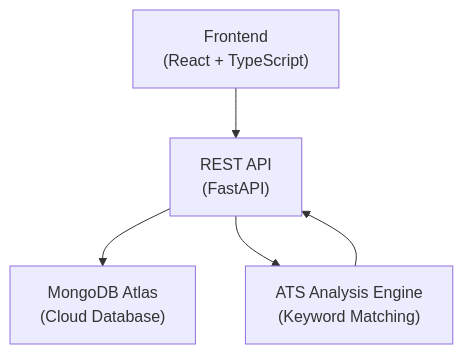
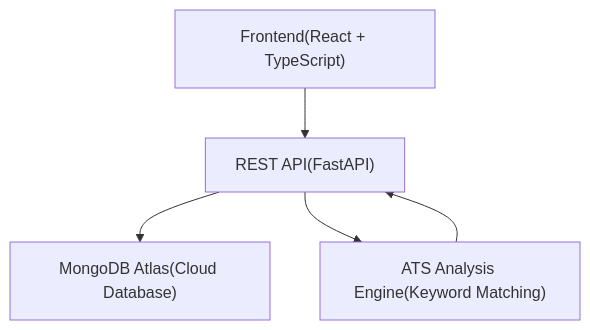
The diagram in README.md (palashx7/AI-Resume-Analyzer), drawn with Mermaid before and after one commit.

Commit message:
final README update

````diff
--- a/README.md
+++ b/README.md
@@ -58,12 +58,12 @@
 ```mermaid
 flowchart TD
-    FE["Frontend\n(React + TypeScript)"]
-    API["REST API\n(FastAPI)"]
-    DB["MongoDB Atlas\n(Cloud Database)"]
-    ATS["ATS Analysis Engine\n(Keyword Matching)"]
+    FE["Frontend(React + TypeScript)"]
+    API["REST API(FastAPI)"]
+    DB["MongoDB Atlas(Cloud Database)"]
+    ATS["ATS Analysis Engine(Keyword Matching)"]
 
     FE --> API
     API --> DB
     API --> ATS
     ATS --> API
 ```
````
